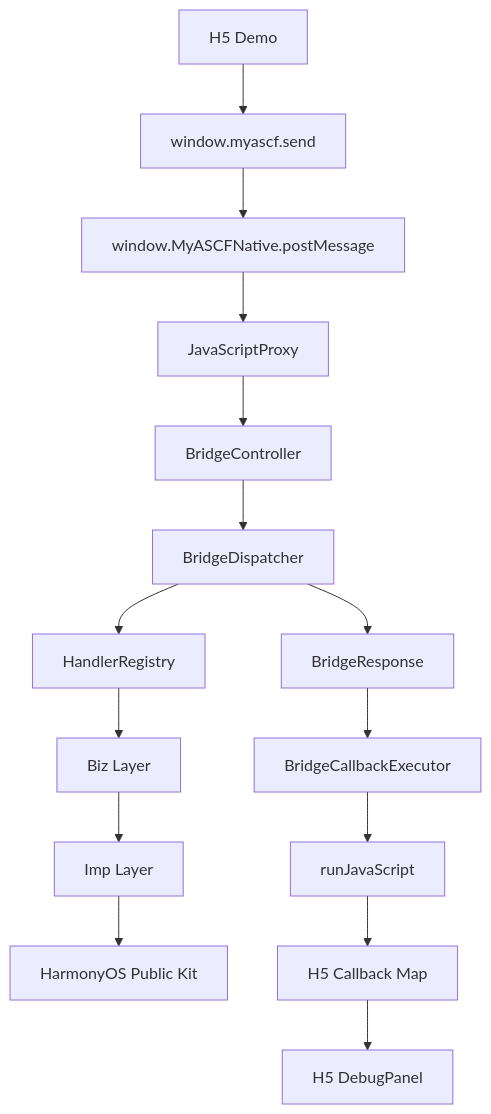
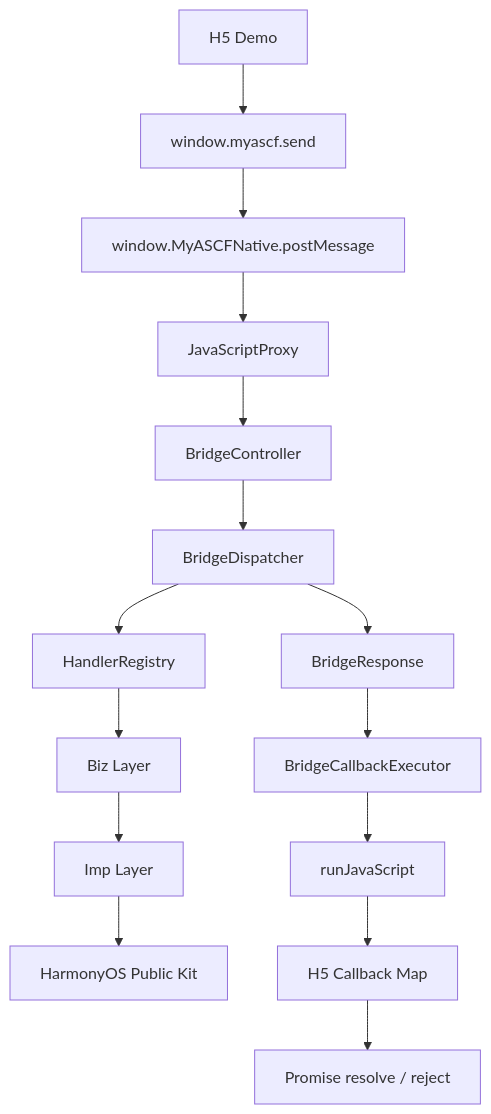
The first of 3 diagrams in README.md (lichenyang5/MiniAppRuntime-Harmony), drawn with Mermaid before and after one commit. The commit also changed other lines of this file and 29 other files, not shown here.

````diff
--- a/README.md
+++ b/README.md
@@ -31,17 +27,17 @@
 ```mermaid
 flowchart TD
   H5["H5 Demo"] --> Send["window.myascf.send"]
-  Send --> Proxy["window.MyASCFNative.postMessage"]
-  Proxy --> JSP["JavaScriptProxy"]
+  Send --> Native["window.MyASCFNative.postMessage"]
+  Native --> JSP["JavaScriptProxy"]
   JSP --> BC["BridgeController"]
   BC --> BD["BridgeDispatcher"]
   BD --> HR["HandlerRegistry"]
   HR --> Biz["Biz Layer"]
   Biz --> Imp["Imp Layer"]
   Imp --> Kit["HarmonyOS Public Kit"]
   BD --> Resp["BridgeResponse"]
   Resp --> CB["BridgeCallbackExecutor"]
   CB --> RunJS["runJavaScript"]
-  RunJS --> H5Callback["H5 Callback Map"]
-  H5Callback --> Debug["H5 DebugPanel"]
+  RunJS --> Callback["H5 Callback Map"]
+  Callback --> Promise["Promise resolve / reject"]
 ```
````
